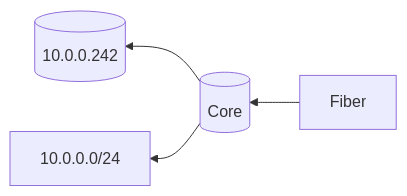
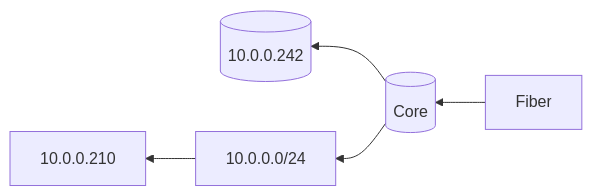
The diagram in top.md (notkasim/DOCS), drawn with Mermaid before and after one commit.

````diff
--- a/top.md
+++ b/top.md
@@ -1,8 +1,8 @@
 ```mermaid
 graph RL;
     core[(Core)]
     Fiber-->core;
     core_link[(10.0.0.242)]
     core-->core_link
-    core-->10.0.0.0/24
+    core-->10.0.0.0/24-->10.0.0.210
 ```
````
